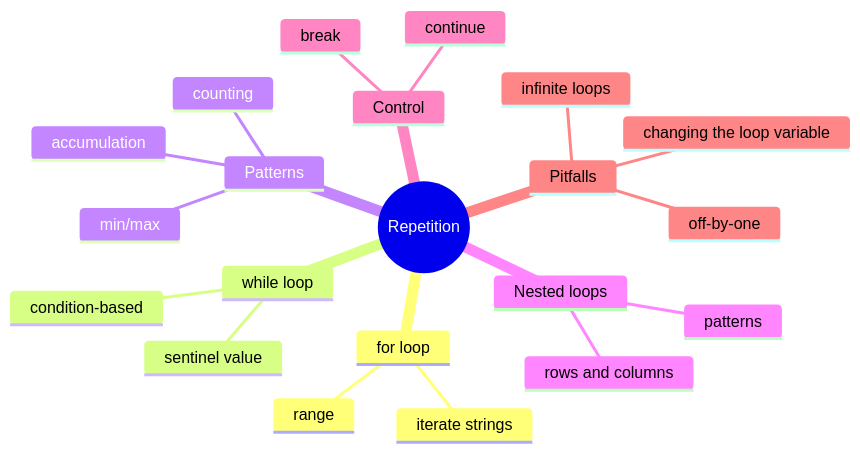
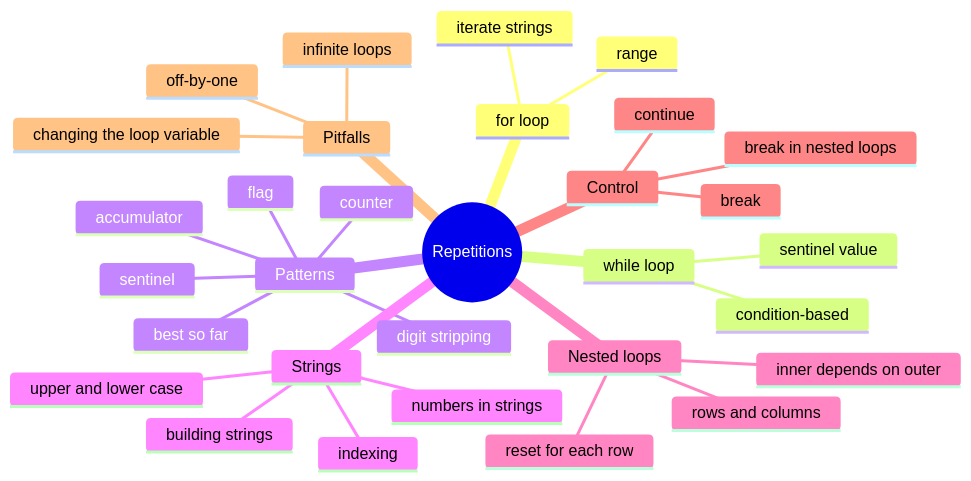
One commit to mAbduqayum/python-workbook changed the diagram in repetitions/_docs/_table_of_contents.md. Above: the diagram before and after it, drawn with Mermaid. The commit also changed other lines of this file and 90 other files, not shown here.

````diff
--- a/repetitions/_docs/_table_of_contents.md
+++ b/repetitions/_docs/_table_of_contents.md
@@ -3,24 +3,34 @@
 ```mermaid
 mindmap
-    root((Repetition))
+    root((Repetitions))
         for loop
             range
             iterate strings
         while loop
             condition-based
             sentinel value
         Patterns
-            accumulation
-            counting
-            min/max
+            counter
+            accumulator
+            best so far
+            sentinel
+            flag
+            digit stripping
+        Strings
+            indexing
+            building strings
+            numbers in strings
+            upper and lower case
         Nested loops
             rows and columns
-            patterns
+            inner depends on outer
+            reset for each row
         Control
             break
             continue
+            break in nested loops
         Pitfalls
             infinite loops
             off-by-one
             changing the loop variable
 ```
````
